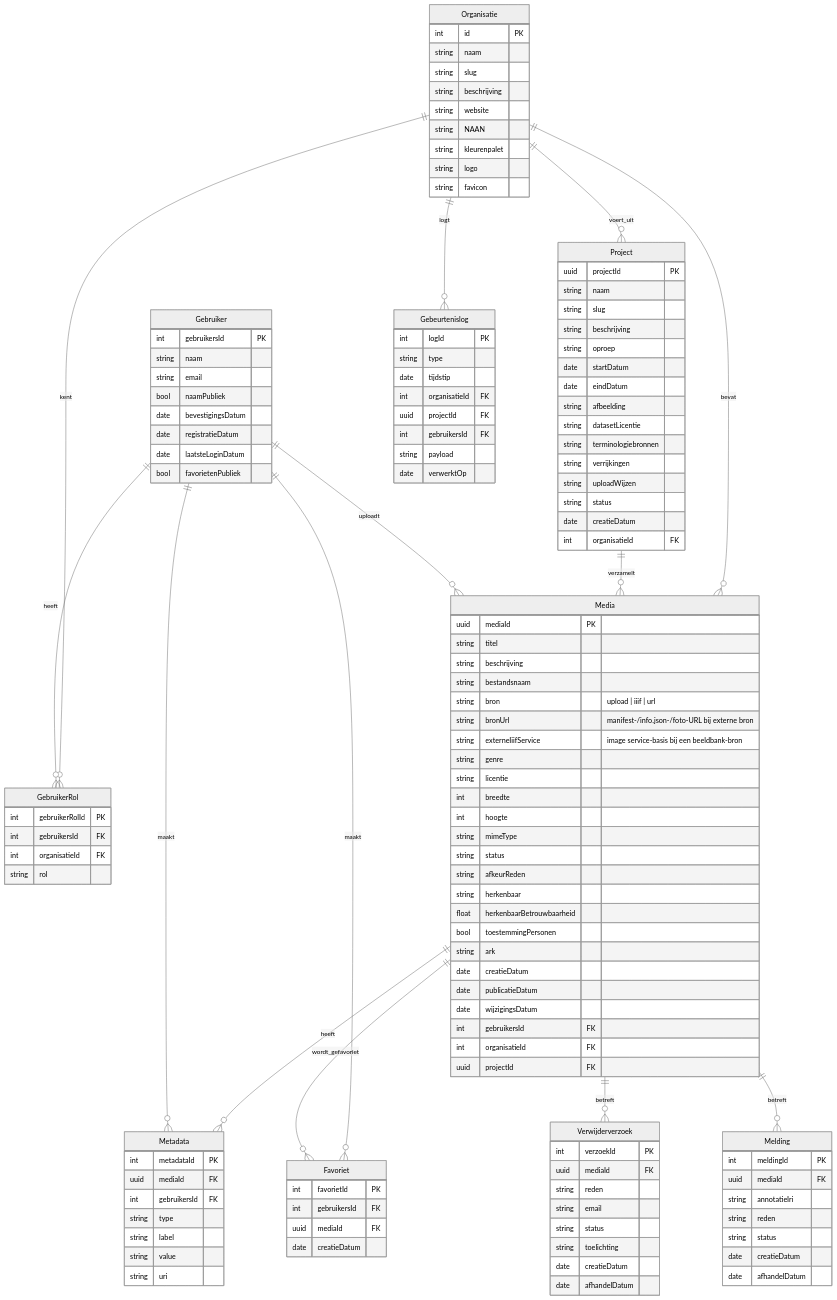
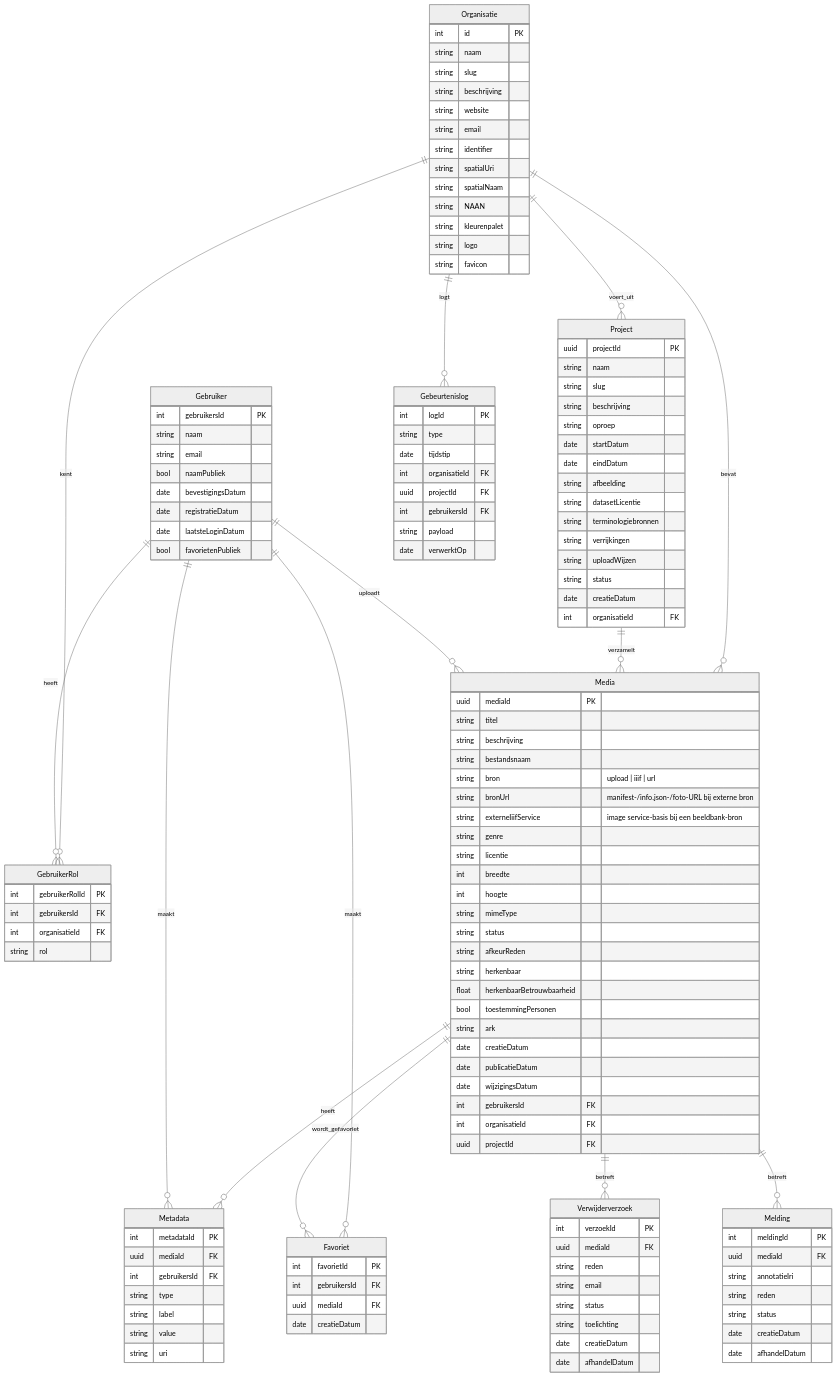
Before and after one commit to inside-out-time-machines/design: the diagram in data-architectuur/erd.mermaid.md, drawn with Mermaid (neutral theme). The commit also changed 1 other file, not shown here.

Commit message:
Publisher-identifier en spatialCoverage op organisatieniveau (platformbeheer); publisherEmail uit de projectbewerking

```diff
--- a/data-architectuur/erd.mermaid.md
+++ b/data-architectuur/erd.mermaid.md
@@ -9,6 +9,10 @@
     string slug
     string beschrijving
     string website
+    string email
+    string identifier
+    string spatialUri
+    string spatialNaam
     string NAAN
     string kleurenpalet
     string logo
```
